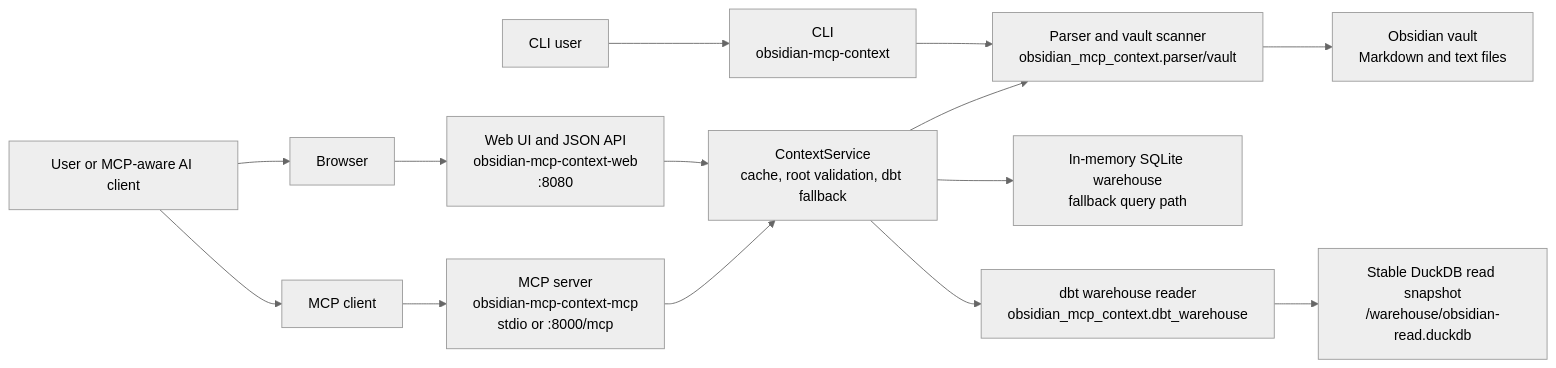
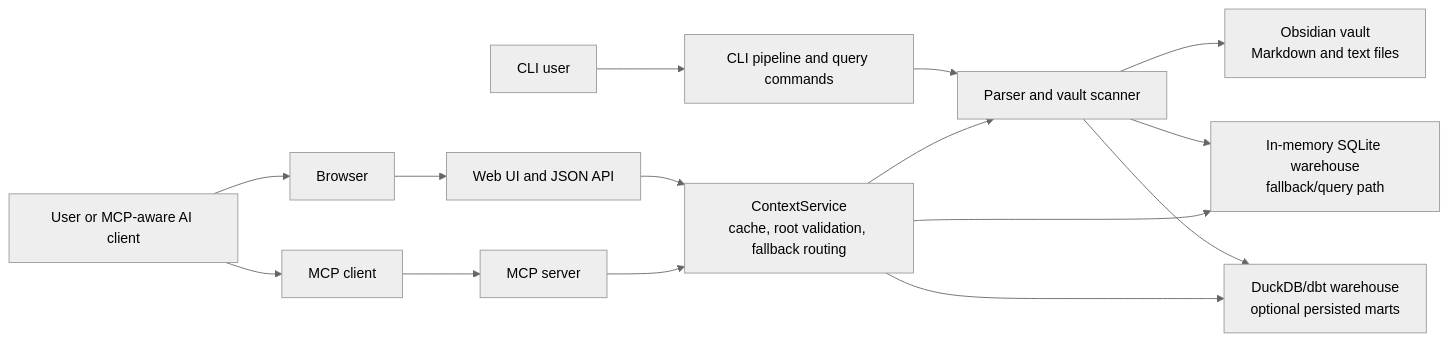
One commit to gavinsomers/obsidian-mcp-context changed the first of 2 diagrams in docs/architecture.md. Above: the diagram before and after it, drawn with Mermaid (neutral theme). The commit also changed other lines of this file and 9 other files, not shown here.

````diff
--- a/docs/architecture.md
+++ b/docs/architecture.md
@@ -10,35 +16,34 @@
 ```mermaid
 flowchart LR
   user["User or MCP-aware AI client"]
   browser["Browser"]
   mcp_client["MCP client"]
   cli_user["CLI user"]
 
   vault["Obsidian vault<br/>Markdown and text files"]
-  parser["Parser and vault scanner<br/>obsidian_mcp_context.parser/vault"]
-  service["ContextService<br/>cache, root validation, dbt fallback"]
-  memory["In-memory SQLite warehouse<br/>fallback query path"]
+  parser["Parser and vault scanner"]
+  memory["In-memory SQLite warehouse<br/>fallback/query path"]
+  duckdb["DuckDB/dbt warehouse<br/>optional persisted marts"]
+  service["ContextService<br/>cache, root validation, fallback routing"]
 
-  web["Web UI and JSON API<br/>obsidian-mcp-context-web<br/>:8080"]
-  mcp["MCP server<br/>obsidian-mcp-context-mcp<br/>stdio or :8000/mcp"]
-  cli["CLI<br/>obsidian-mcp-context"]
+  web["Web UI and JSON API"]
+  mcp["MCP server"]
+  cli["CLI pipeline and query commands"]
 
-  duckdb_read["Stable DuckDB read snapshot<br/>/warehouse/obsidian-read.duckdb"]
-  dbt_reader["dbt warehouse reader<br/>obsidian_mcp_context.dbt_warehouse"]
-
-  browser --> web
   user --> browser
   user --> mcp_client
+  cli_user --> cli
+  browser --> web
   mcp_client --> mcp
-  cli_user --> cli
+
+  cli --> parser
+  parser --> vault
+  parser --> memory
+  parser --> duckdb
 
   web --> service
   mcp --> service
-  cli --> parser
-
   service --> parser
-  parser --> vault
   service --> memory
-  service --> dbt_reader
-  dbt_reader --> duckdb_read
+  service --> duckdb
 ```
````
